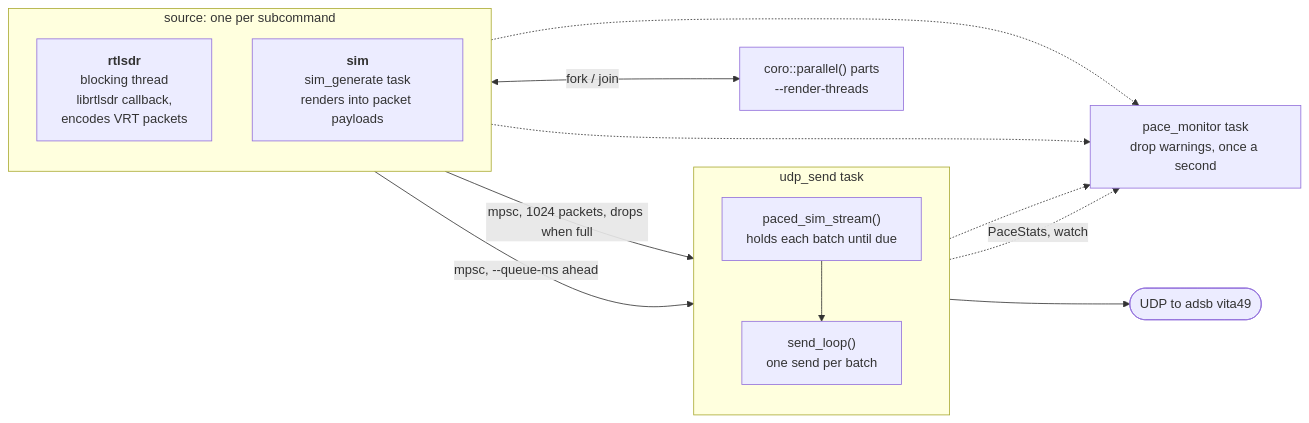
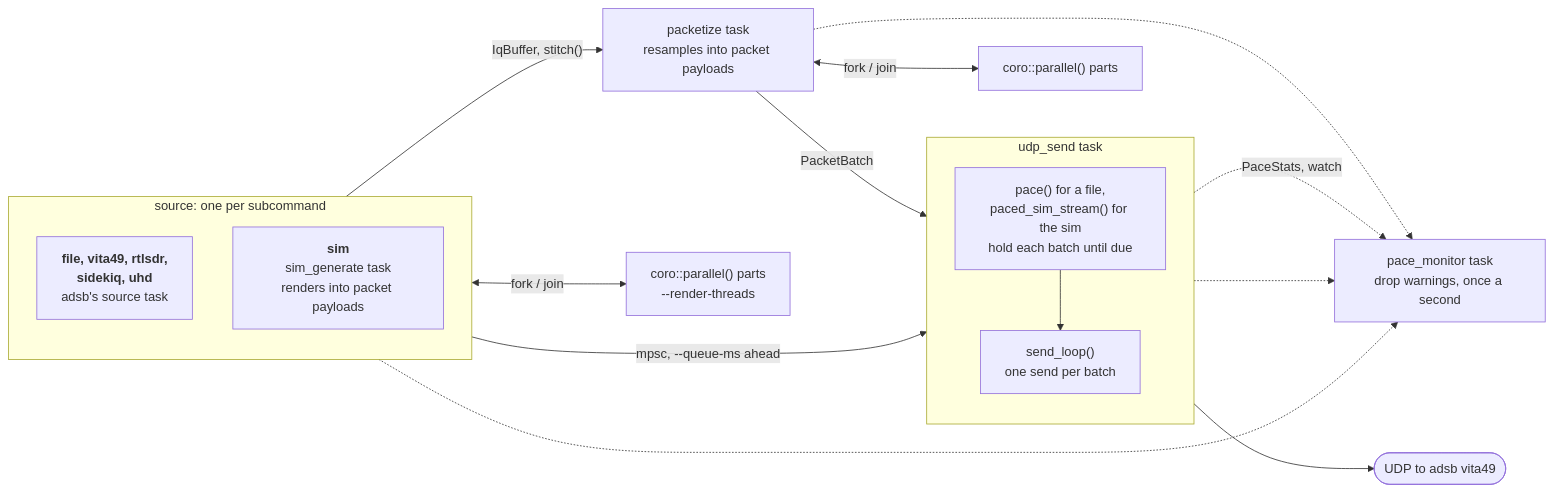
Before and after one commit to bts164/ADSB-Decoder: the third of 3 diagrams in README.md, drawn with Mermaid. The commit also changed other lines of this file and 57 other files, not shown here.

````diff
--- a/README.md
+++ b/README.md
@@ -1219,22 +1226,28 @@
 ```mermaid
 flowchart LR
     subgraph source["source: one per subcommand"]
         direction TB
-        RTL["<b>rtlsdr</b><br/>blocking thread<br/>librtlsdr callback,<br/>encodes VRT packets"]
+        SRC["<b>file, vita49, rtlsdr,<br/>sidekiq, uhd</b><br/>adsb's source task"]
         GEN["<b>sim</b><br/>sim_generate task<br/>renders into packet payloads"]
     end
-    PAR["coro::parallel() parts<br/>--render-threads"]
+    PK["packetize task<br/>resamples into packet payloads"]
+    PAR["coro::parallel() parts"]
+    PAR2["coro::parallel() parts<br/>--render-threads"]
     subgraph udp_send["udp_send task"]
         direction TB
-        PACE["paced_sim_stream()<br/>holds each batch until due"] --> SEND["send_loop()<br/>one send per batch"]
+        PACE["pace() for a file,<br/>paced_sim_stream() for the sim<br/>hold each batch until due"]
+        SEND["send_loop()<br/>one send per batch"]
+        PACE --> SEND
     end
     MON["pace_monitor task<br/>drop warnings, once a second"]
     NET(["UDP to adsb vita49"])
 
-    GEN <-- "fork / join" --> PAR
+    SRC -- "IqBuffer, stitch()" --> PK
+    PK <-- "fork / join" --> PAR
+    PK -- "PacketBatch" --> PACE
+    GEN <-- "fork / join" --> PAR2
     GEN -- "mpsc, --queue-ms ahead" --> PACE
-    RTL -- "mpsc, 1024 packets, drops when full" --> SEND
     SEND --> NET
     SEND -. "PaceStats, watch" .-> MON
-    RTL & GEN & PACE -.-> MON
+    PK & GEN & PACE -.-> MON
 ```
````
